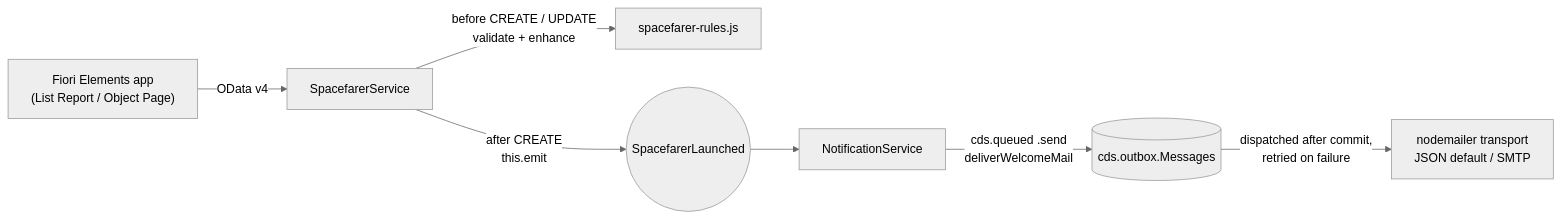
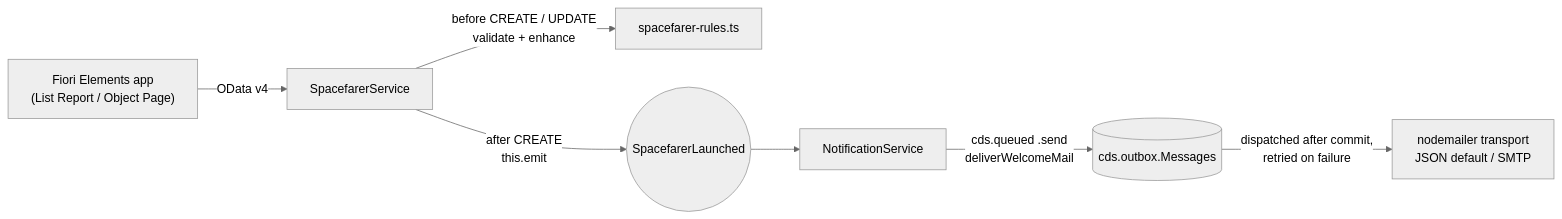
The first of 2 diagrams in README.md (fsticza/galactic-spacefarer-adventure), drawn with Mermaid (neutral theme) before and after one commit. The commit also changed other lines of this file and 20 other files, not shown here.

````diff
--- a/README.md
+++ b/README.md
@@ -60,9 +67,9 @@
 ```mermaid
 flowchart LR
   UI["Fiori Elements app<br/>(List Report / Object Page)"] -->|OData v4| SVC[SpacefarerService]
-  SVC -->|before CREATE / UPDATE<br/>validate + enhance| RULES[spacefarer-rules.js]
+  SVC -->|before CREATE / UPDATE<br/>validate + enhance| RULES[spacefarer-rules.ts]
   SVC -->|after CREATE<br/>this.emit| EVT((SpacefarerLaunched))
   EVT --> NOTIF[NotificationService]
   NOTIF -->|cds.queued .send<br/>deliverWelcomeMail| OUTBOX[(cds.outbox.Messages)]
   OUTBOX -->|dispatched after commit,<br/>retried on failure| MAIL[nodemailer transport<br/>JSON default / SMTP]
 ```
````
